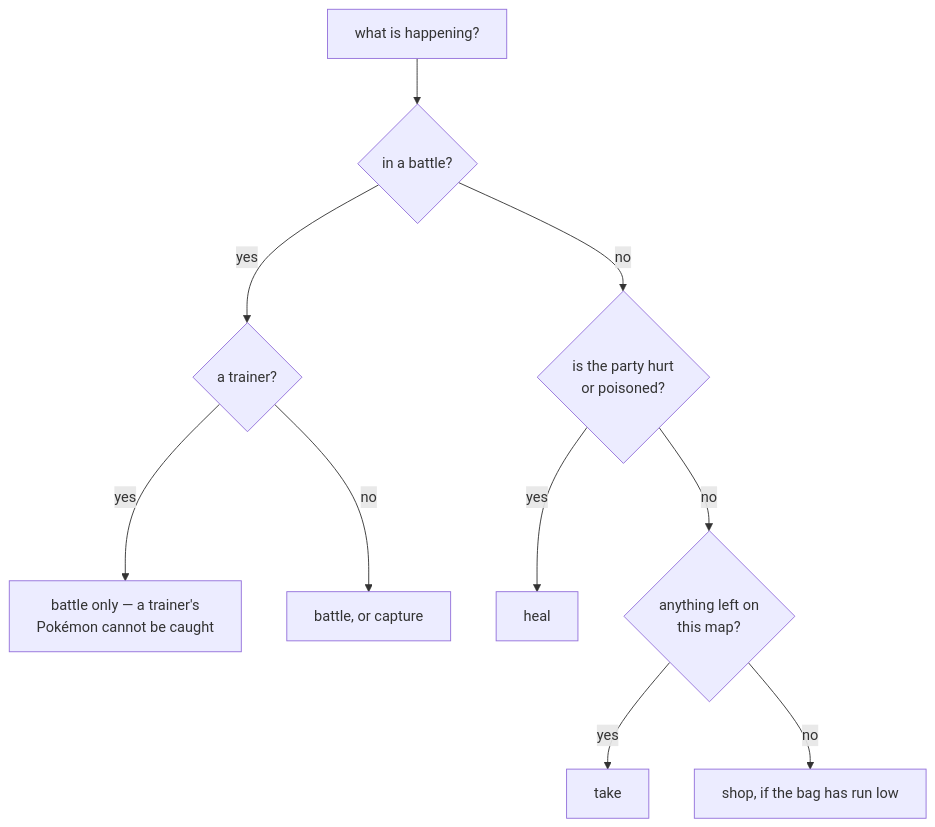
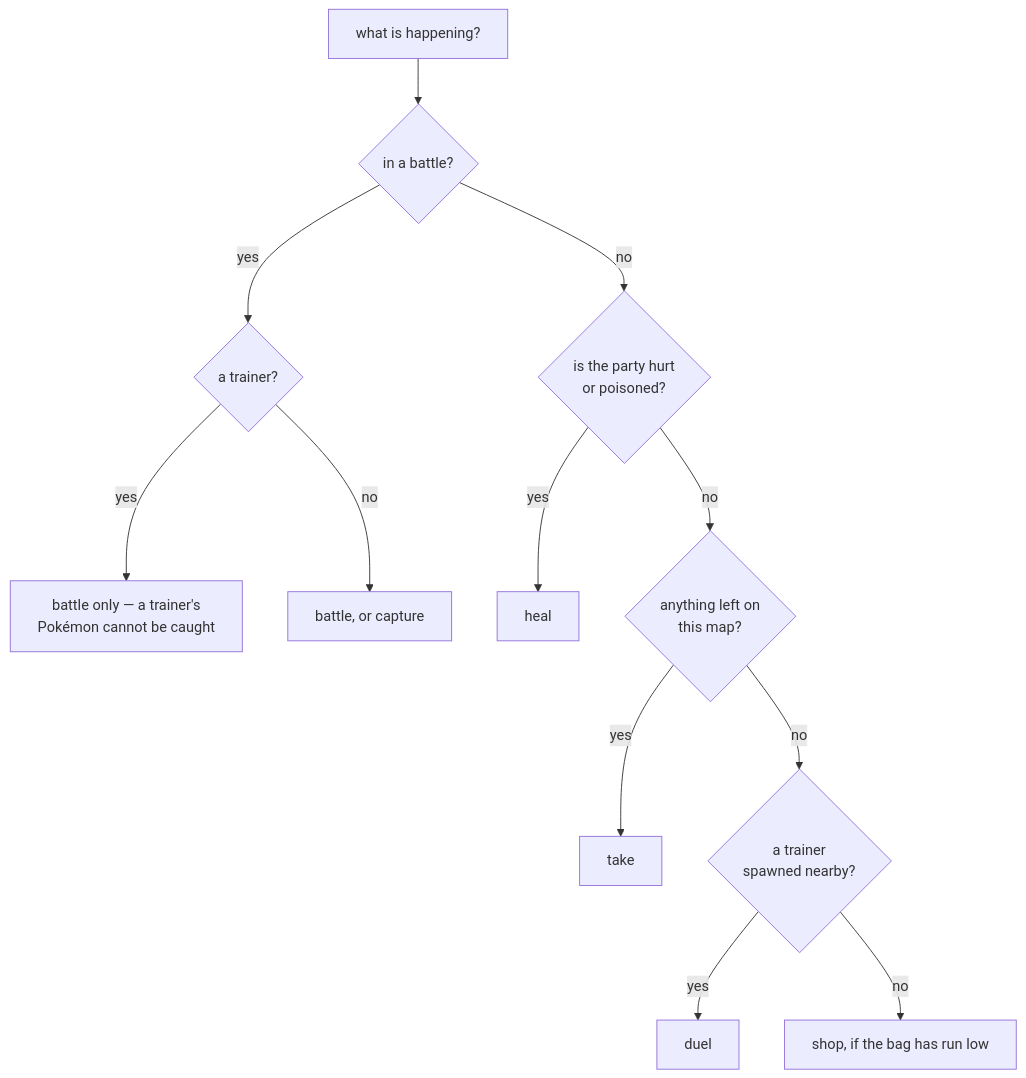
Before and after one commit to minormending/crystal-pilot: the ninth of 15 diagrams in docs/CODE.md, drawn with Mermaid. The commit also changed other lines of this file and 9 other files, not shown here.

````diff
--- a/docs/CODE.md
+++ b/docs/CODE.md
@@ -1239,12 +1240,14 @@
 ```mermaid
 flowchart TD
     A["what is happening?"] --> B{"in a battle?"}
     B -- yes --> T{"a trainer?"}
     T -- yes --> ONLYB["battle only — a trainer's<br/>Pokémon cannot be caught"]
     T -- no --> BOTH["battle, or capture"]
     B -- no --> M{"is the party hurt<br/>or poisoned?"}
     M -- yes --> HEAL["heal"]
     M -- no --> N{"anything left on<br/>this map?"}
     N -- yes --> TAKE["take"]
-    N -- no --> SHOP["shop, if the bag has run low"]
+    N -- no --> D{"a trainer<br/>spawned nearby?"}
+    D -- yes --> DUEL["duel"]
+    D -- no --> SHOP["shop, if the bag has run low"]
 ```
````
